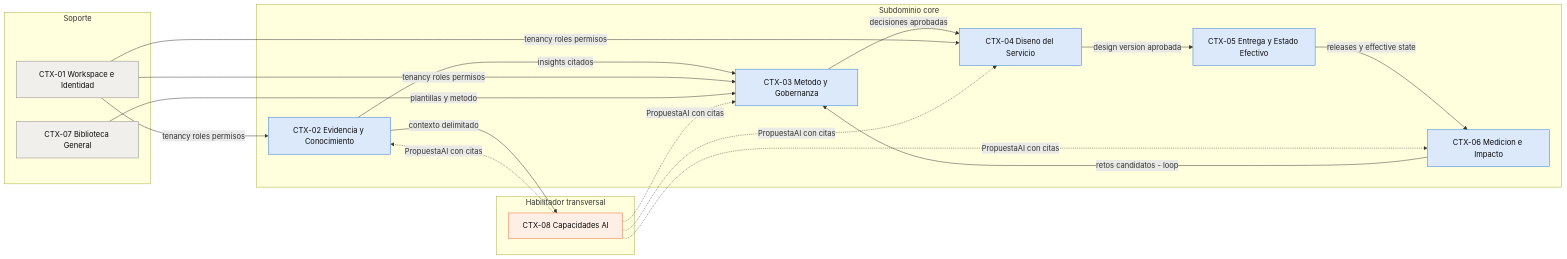
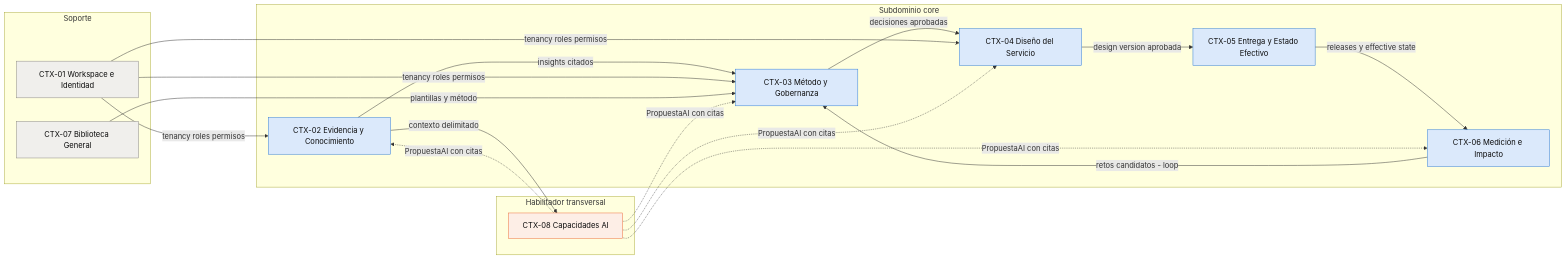
One commit to jtrujillo-ws/designio-app changed the first of 7 diagrams in docs/01-ddd/domain-model.md. Above: the diagram before and after it, drawn with Mermaid. The commit also changed other lines of this file and 4 other files, not shown here.

````diff
--- a/docs/01-ddd/domain-model.md
+++ b/docs/01-ddd/domain-model.md
@@ -235,47 +235,47 @@
 ```mermaid
 flowchart LR
-  %% Nucleo core del dominio
+  %% Núcleo core del dominio
   subgraph CORE["Subdominio core"]
     CTX02["CTX-02 Evidencia y Conocimiento"]
-    CTX03["CTX-03 Metodo y Gobernanza"]
-    CTX04["CTX-04 Diseno del Servicio"]
+    CTX03["CTX-03 Método y Gobernanza"]
+    CTX04["CTX-04 Diseño del Servicio"]
     CTX05["CTX-05 Entrega y Estado Efectivo"]
-    CTX06["CTX-06 Medicion e Impacto"]
+    CTX06["CTX-06 Medición e Impacto"]
   end
 
   subgraph SUP["Soporte"]
     CTX01["CTX-01 Workspace e Identidad"]
     CTX07["CTX-07 Biblioteca General"]
   end
 
   subgraph AI["Habilitador transversal"]
     CTX08["CTX-08 Capacidades AI"]
   end
 
   %% Cadena de trazabilidad
   CTX02 -->|insights citados| CTX03
   CTX03 -->|decisiones aprobadas| CTX04
   CTX04 -->|design version aprobada| CTX05
   CTX05 -->|releases y effective state| CTX06
   CTX06 -->|retos candidatos - loop| CTX03
 
   %% Relaciones de soporte
   CTX01 -->|tenancy roles permisos| CTX02
   CTX01 -->|tenancy roles permisos| CTX03
   CTX01 -->|tenancy roles permisos| CTX04
-  CTX07 -->|plantillas y metodo| CTX03
+  CTX07 -->|plantillas y método| CTX03
 
-  %% AI propone via PropuestaAI
+  %% AI propone vía PropuestaAI
   CTX08 -.->|PropuestaAI con citas| CTX02
   CTX08 -.->|PropuestaAI con citas| CTX03
   CTX08 -.->|PropuestaAI con citas| CTX04
   CTX08 -.->|PropuestaAI con citas| CTX06
   CTX02 -->|contexto delimitado| CTX08
 
   classDef core fill:#dbe9fb,stroke:#2a78d6,color:#0b0b0b
   classDef sup fill:#f0efec,stroke:#898781,color:#0b0b0b
   classDef ai fill:#fdeee6,stroke:#eb6834,color:#0b0b0b
   class CTX02,CTX03,CTX04,CTX05,CTX06 core
   class CTX01,CTX07 sup
   class CTX08 ai
 ```
````
